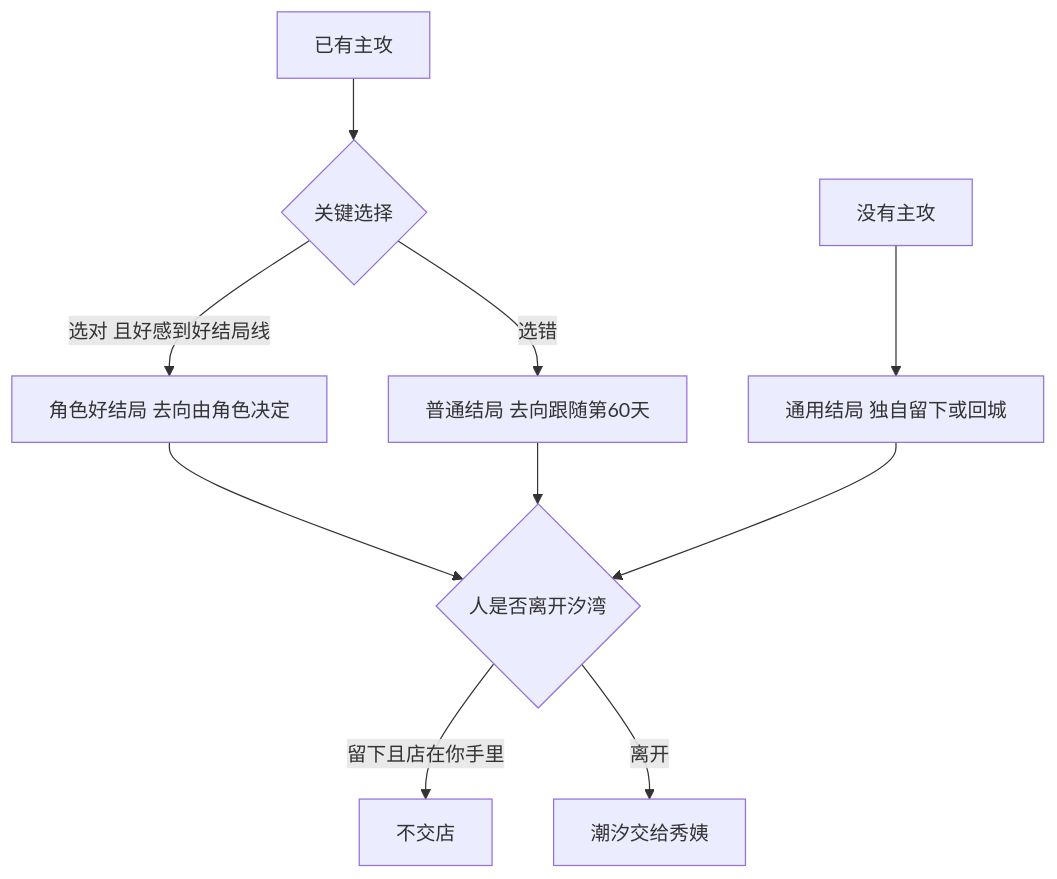
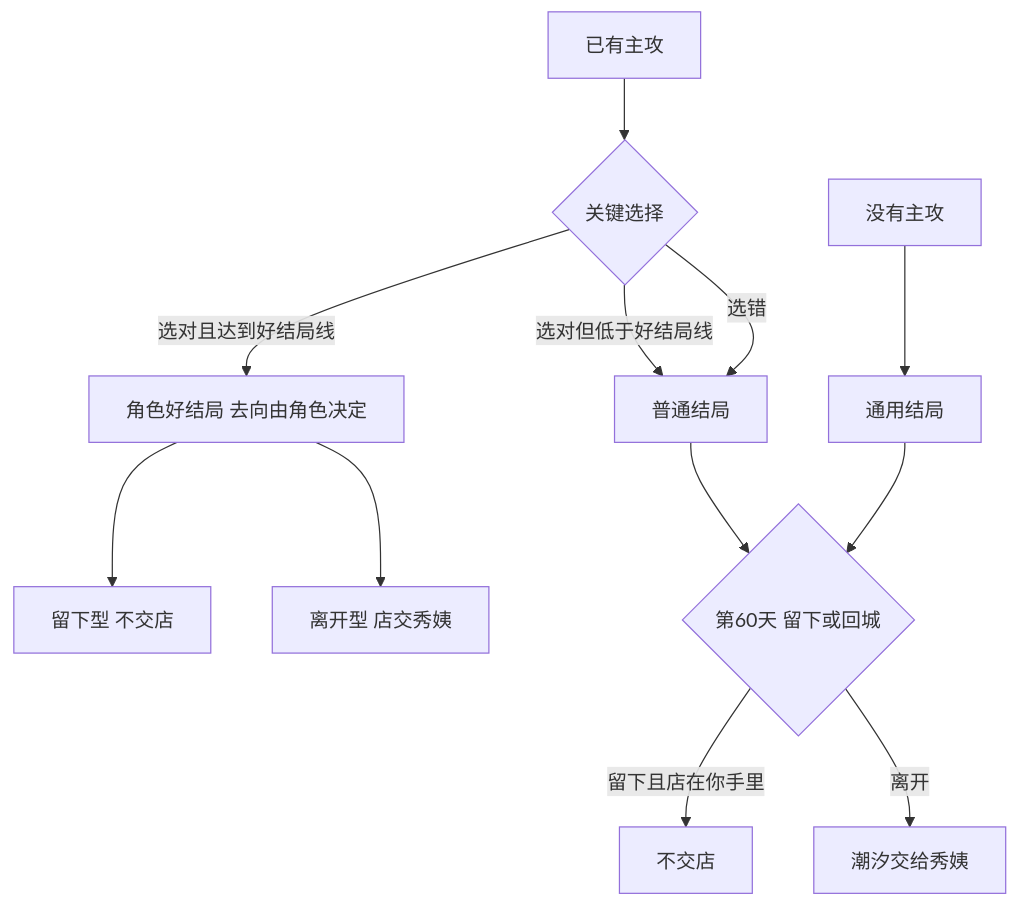
One commit to GmhLovEDM/grok-prototype changed the second of 2 diagrams in projects/seaside-cafe/01-planning/branching.md. Above: the diagram before and after it, drawn with Mermaid. The commit also changed other lines of this file and 18 other files, not shown here.

````diff
--- a/projects/seaside-cafe/01-planning/branching.md
+++ b/projects/seaside-cafe/01-planning/branching.md
@@ -132,12 +137,14 @@
 ```mermaid
 flowchart TD
   locked[已有主攻] --> right{关键选择}
-  right -->|选对 且好感到好结局线| good[角色好结局 去向由角色决定]
-  right -->|选错| normal[普通结局 去向跟随第60天]
-  none[没有主攻] --> plain[通用结局 独自留下或回城]
-  good --> shop{人是否离开汐湾}
-  normal --> shop
-  plain --> shop
-  shop -->|留下且店在你手里| keep[不交店]
-  shop -->|离开| aunt[潮汐交给秀姨]
+  right -->|选对且达到好结局线| good[角色好结局 去向由角色决定]
+  right -->|选对但低于好结局线| normal[普通结局]
+  right -->|选错| normal
+  none[没有主攻] --> plain[通用结局]
+  normal --> last{第60天 留下或回城}
+  plain --> last
+  good --> stayGood[留下型 不交店]
+  good --> leaveGood[离开型 店交秀姨]
+  last -->|留下且店在你手里| keep[不交店]
+  last -->|离开| aunt[潮汐交给秀姨]
 ```
````
